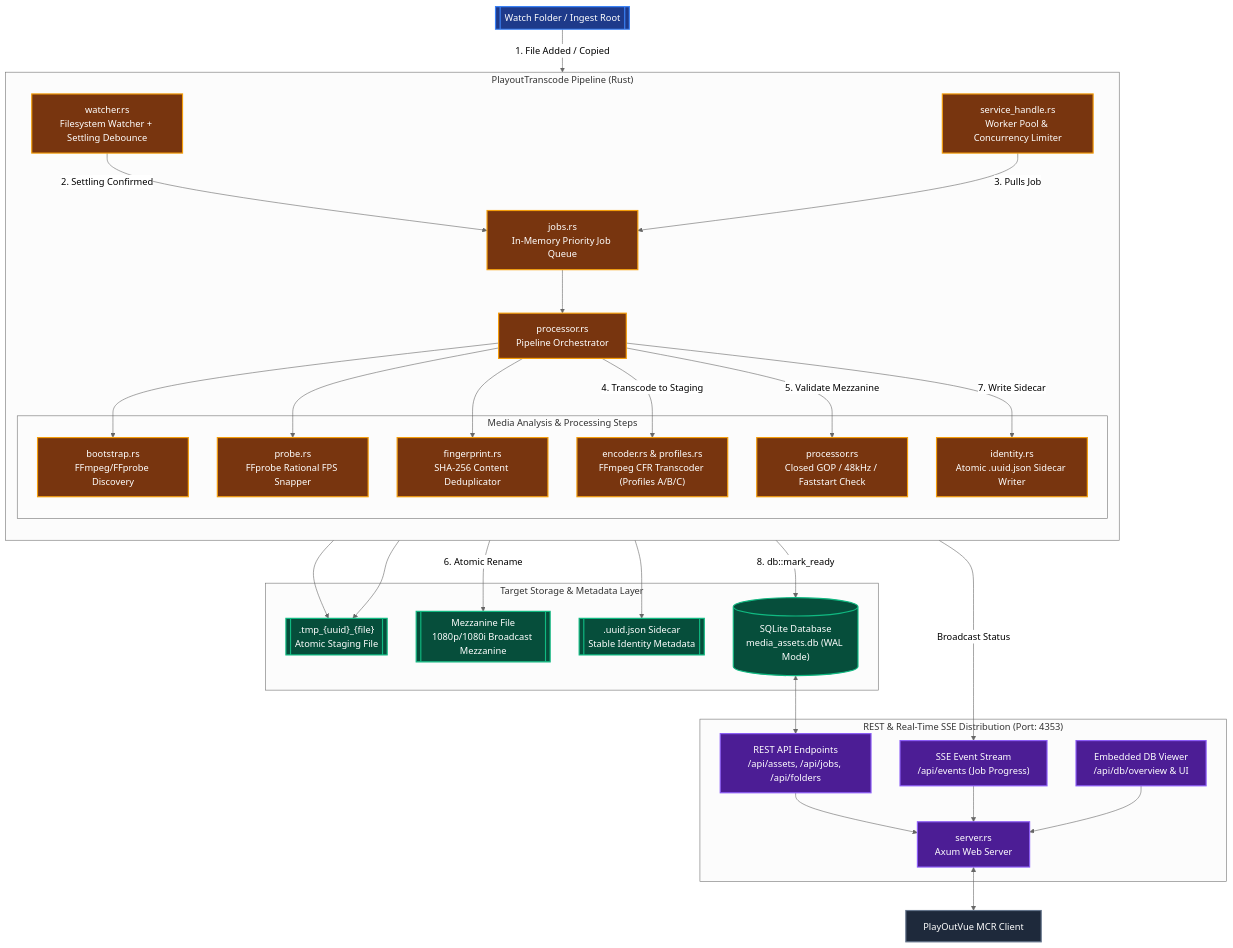
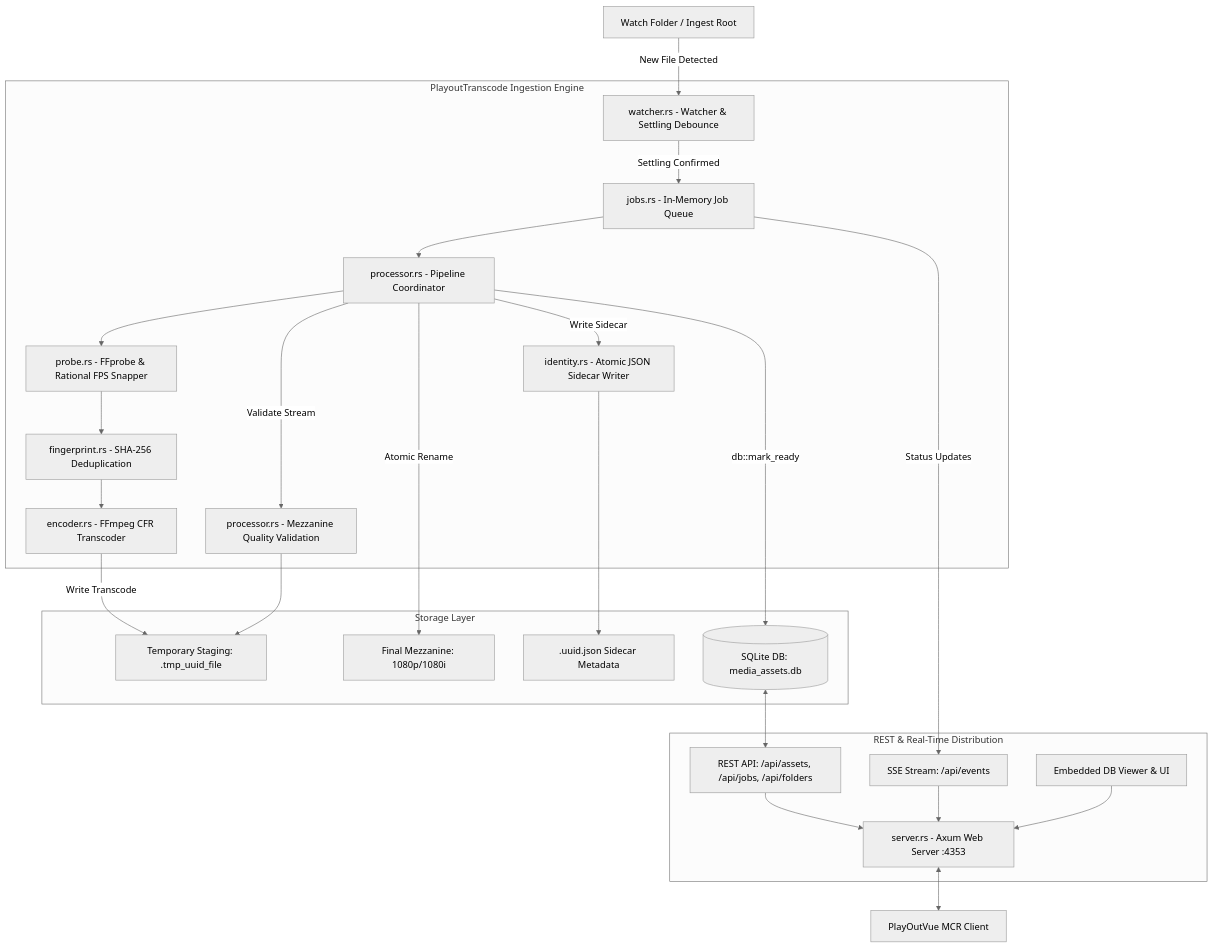
One commit to Soranokuni/PlayoutTranscode changed the diagram in README.md. Above: the diagram before and after it, drawn with Mermaid (neutral theme).

Commit message:
fix(docs): resolve Mermaid rendering issue on GitHub

````diff
--- a/README.md
+++ b/README.md
@@ -18,71 +18,46 @@
 ```mermaid
-flowchart TD
-    classDef watch fill:#1e3a8a,stroke:#3b82f6,stroke-width:2px,color:#fff;
-    classDef process fill:#78350f,stroke:#f59e0b,stroke-width:2px,color:#fff;
-    classDef storage fill:#064e3b,stroke:#10b981,stroke-width:2px,color:#fff;
-    classDef api fill:#4c1d95,stroke:#8b5cf6,stroke-width:2px,color:#fff;
-    classDef client fill:#1e293b,stroke:#64748b,stroke-width:2px,color:#fff;
+graph TD
+    WatchFolder[Watch Folder / Ingest Root]
 
-    WatchFolder[["Watch Folder / Ingest Root"]]:::watch
-
-    subgraph INGEST_ENGINE ["PlayoutTranscode Pipeline (Rust)"]
-        direction TB
-        Watcher["watcher.rs<br/>Filesystem Watcher + Settling Debounce"]:::process
-        ServiceHandle["service_handle.rs<br/>Worker Pool & Concurrency Limiter"]:::process
-        JobQueue["jobs.rs<br/>In-Memory Priority Job Queue"]:::process
-        Processor["processor.rs<br/>Pipeline Orchestrator"]:::process
-
-        subgraph WORKERS ["Media Analysis & Processing Steps"]
-            Bootstrap["bootstrap.rs<br/>FFmpeg/FFprobe Discovery"]:::process
-            Probe["probe.rs<br/>FFprobe Rational FPS Snapper"]:::process
-            Fingerprint["fingerprint.rs<br/>SHA-256 Content Deduplicator"]:::process
-            Encoder["encoder.rs & profiles.rs<br/>FFmpeg CFR Transcoder (Profiles A/B/C)"]:::process
-            Validator["processor.rs<br/>Closed GOP / 48kHz / Faststart Check"]:::process
-            Sidecar["identity.rs<br/>Atomic .uuid.json Sidecar Writer"]:::process
-        end
+    subgraph Ingest [PlayoutTranscode Ingestion Engine]
+        Watcher[watcher.rs - Watcher & Settling Debounce]
+        Queue[jobs.rs - In-Memory Job Queue]
+        Processor[processor.rs - Pipeline Coordinator]
+        Probe[probe.rs - FFprobe & Rational FPS Snapper]
+        Fingerprint[fingerprint.rs - SHA-256 Deduplication]
+        Encoder[encoder.rs - FFmpeg CFR Transcoder]
+        Validator[processor.rs - Mezzanine Quality Validation]
+        Sidecar[identity.rs - Atomic JSON Sidecar Writer]
     end
 
-    subgraph STORAGE_LAYER ["Target Storage & Metadata Layer"]
-        StagingFile[[".tmp_{uuid}_{file}<br/>Atomic Staging File"]]:::storage
-        MezzanineFile[["Mezzanine File<br/>1080p/1080i Broadcast Mezzanine"]]:::storage
-        JSONSidecar[[".uuid.json Sidecar<br/>Stable Identity Metadata"]]:::storage
-        SQLiteDB[("SQLite Database<br/>media_assets.db (WAL Mode)")]:::storage
+    subgraph Storage [Storage Layer]
+        StagingFile[Temporary Staging: .tmp_uuid_file]
+        Mezzanine[Final Mezzanine: 1080p/1080i]
+        JSONFile[.uuid.json Sidecar Metadata]
+        SQLite[(SQLite DB: media_assets.db)]
     end
 
-    subgraph API_LAYER ["REST & Real-Time SSE Distribution (Port: 4353)"]
-        AxumServer["server.rs<br/>Axum Web Server"]:::api
-        REST_API["REST API Endpoints<br/>/api/assets, /api/jobs, /api/folders"]:::api
-        SSE_Stream["SSE Event Stream<br/>/api/events (Job Progress)"]:::api
-        DB_Viewer["Embedded DB Viewer<br/>/api/db/overview & UI"]:::api
+    subgraph API [REST & Real-Time Distribution]
+        Axum[server.rs - Axum Web Server :4353]
+        REST[REST API: /api/assets, /api/jobs, /api/folders]
+        SSE[SSE Stream: /api/events]
+        DBViewer[Embedded DB Viewer & UI]
     end
 
-    PlayOutClient["PlayOutVue MCR Client"]:::client
+    Client[PlayOutVue MCR Client]
 
-    %% Ingestion Flow
-    WatchFolder -- "1. File Added / Copied" --> Watcher
-    Watcher -- "2. Settling Confirmed" --> JobQueue
-    ServiceHandle -- "3. Pulls Job" --> JobQueue
-    JobQueue --> Processor
-
-    %% Execution Flow
-    Processor --> Bootstrap
-    Processor --> Probe
-    Processor --> Fingerprint
-    Processor -- "4. Transcode to Staging" --> Encoder
-    Encoder --> StagingFile
-    Processor -- "5. Validate Mezzanine" --> Validator
+    WatchFolder -->|New File Detected| Watcher
+    Watcher -->|Settling Confirmed| Queue
+    Queue --> Processor
+    Processor --> Probe --> Fingerprint --> Encoder
+    Encoder -->|Write Transcode| StagingFile
+    Processor -->|Validate Stream| Validator
     Validator --> StagingFile
-    Processor -- "6. Atomic Rename" --> MezzanineFile
-    Processor -- "7. Write Sidecar" --> Sidecar
-    Sidecar --> JSONSidecar
-    Processor -- "8. db::mark_ready" --> SQLiteDB
-
-    %% Distribution Flow
-    SQLiteDB <--> REST_API
-    JobQueue -- "Broadcast Status" --> SSE_Stream
-    REST_API --> AxumServer
-    SSE_Stream --> AxumServer
-    DB_Viewer --> AxumServer
-
-    AxumServer <--> PlayOutClient
+    Processor -->|Atomic Rename| Mezzanine
+    Processor -->|Write Sidecar| Sidecar --> JSONFile
+    Processor -->|db::mark_ready| SQLite
+    SQLite <--> REST
+    Queue -->|Status Updates| SSE
+    REST & SSE & DBViewer --> Axum
+    Axum <--> Client
 ```
````
